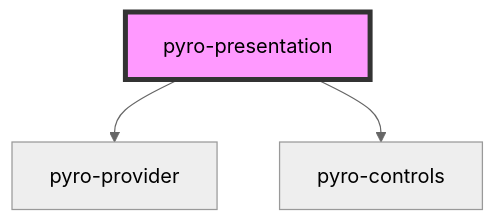
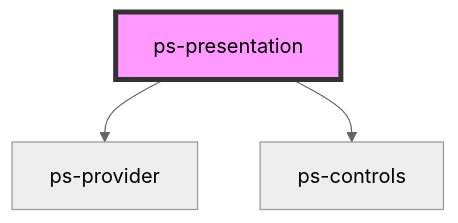
The diagram in packages/core/src/components/presentation/readme.md (presentosaurus/presentosaurus), drawn with Mermaid (neutral theme) before and after one commit. The commit also changed other lines of this file and 49 other files, not shown here.

````diff
--- a/packages/core/src/components/presentation/readme.md
+++ b/packages/core/src/components/presentation/readme.md
@@ -21,6 +21,6 @@
 ```mermaid
 graph TD;
-  pyro-presentation --> pyro-provider
-  pyro-presentation --> pyro-controls
-  style pyro-presentation fill:#f9f,stroke:#333,stroke-width:4px
+  ps-presentation --> ps-provider
+  ps-presentation --> ps-controls
+  style ps-presentation fill:#f9f,stroke:#333,stroke-width:4px
 ```
````
